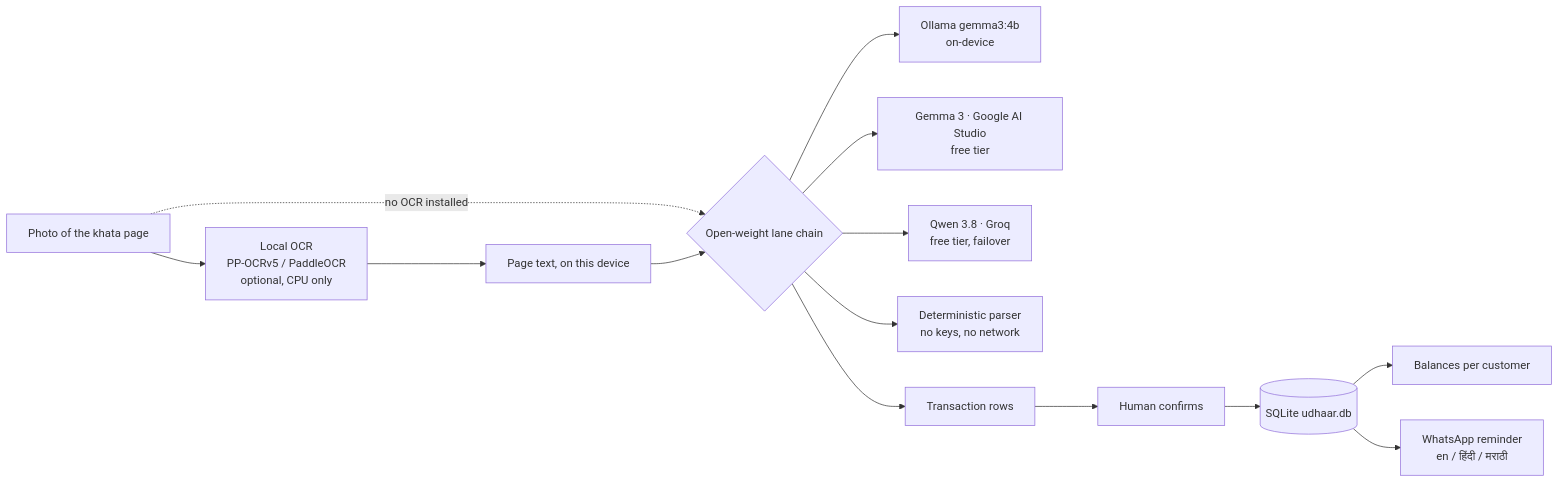
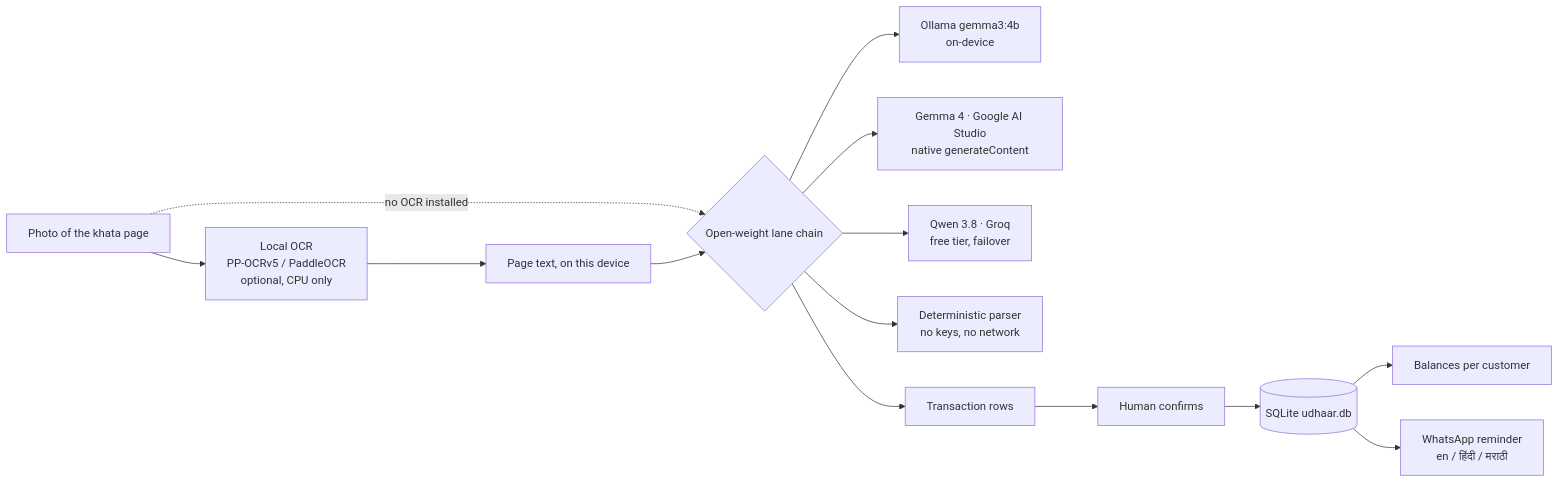
The diagram in README.md (ramantiw45/UdhaarBook), drawn with Mermaid before and after one commit. The commit also changed other lines of this file and 5 other files, not shown here.

First line of the commit message:
Read Gemma 4 on its native generateContent route

````diff
--- a/README.md
+++ b/README.md
@@ -18,16 +18,16 @@
 ```mermaid
 flowchart LR
   P[Photo of the khata page] --> O[Local OCR<br/>PP-OCRv5 / PaddleOCR<br/>optional, CPU only]
   P -.->|no OCR installed| L
   O --> T[Page text, on this device]
   T --> L{Open-weight lane chain}
   L --> L1[Ollama gemma3:4b<br/>on-device]
-  L --> L2[Gemma 3 · Google AI Studio<br/>free tier]
+  L --> L2[Gemma 4 · Google AI Studio<br/>native generateContent]
   L --> L3[Qwen 3.8 · Groq<br/>free tier, failover]
   L --> L4[Deterministic parser<br/>no keys, no network]
   L --> R[Transaction rows]
   R --> C[Human confirms]
   C --> D[(SQLite udhaar.db)]
   D --> B[Balances per customer]
   D --> W[WhatsApp reminder<br/>en / हिंदी / मराठी]
 ```
````
